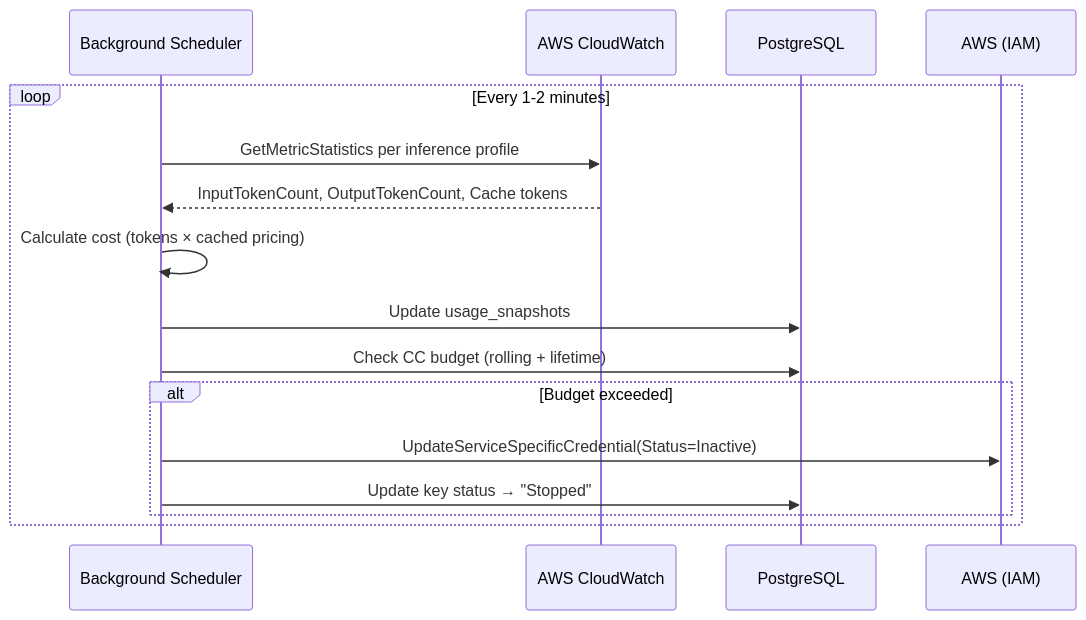
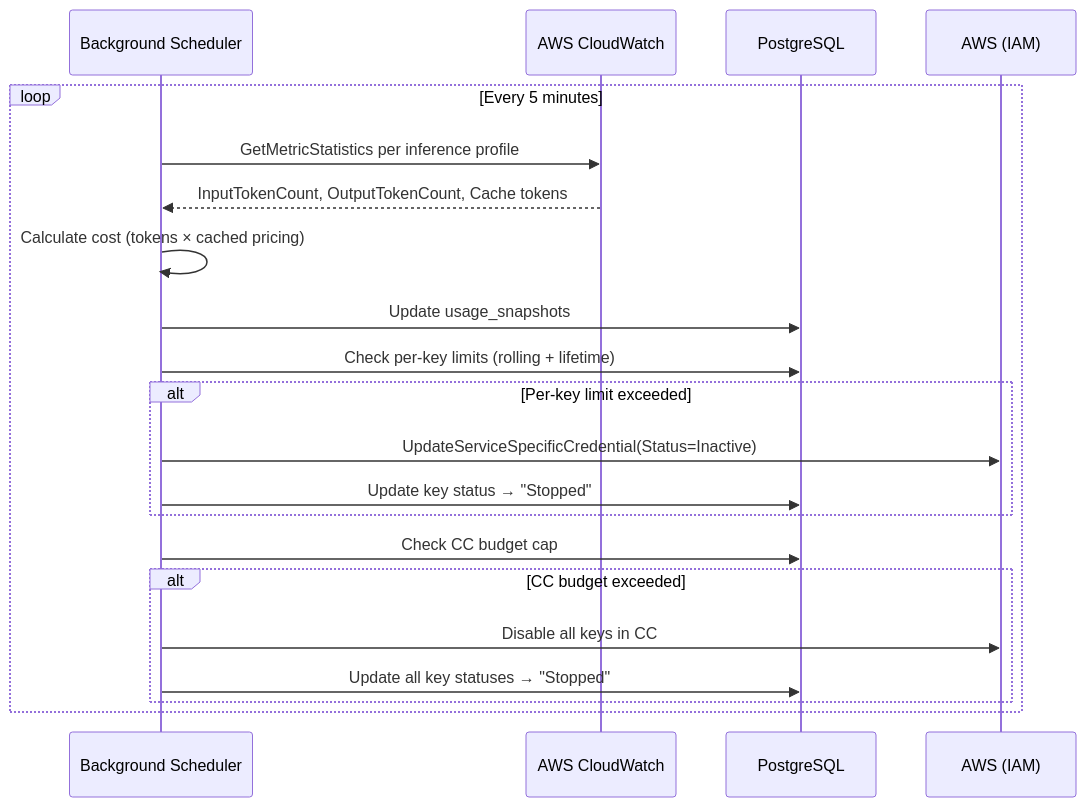
One commit to leewsimpson/claude-aws-manager changed the fourth of 5 diagrams in docs/design.md. Above: the diagram before and after it, drawn with Mermaid. The commit also changed other lines of this file and 7 other files, not shown here.

````diff
--- a/docs/design.md
+++ b/docs/design.md
@@ -187,19 +189,24 @@
 ```mermaid
 sequenceDiagram
     participant Sched as Background Scheduler
     participant CW as AWS CloudWatch
     participant DB as PostgreSQL
     participant AWS as AWS (IAM)
 
-    loop Every 1-2 minutes
+    loop Every 5 minutes
         Sched->>CW: GetMetricStatistics per inference profile
         CW-->>Sched: InputTokenCount, OutputTokenCount, Cache tokens
         Sched->>Sched: Calculate cost (tokens × cached pricing)
         Sched->>DB: Update usage_snapshots
-        Sched->>DB: Check CC budget (rolling + lifetime)
-        alt Budget exceeded
+        Sched->>DB: Check per-key limits (rolling + lifetime)
+        alt Per-key limit exceeded
             Sched->>AWS: UpdateServiceSpecificCredential(Status=Inactive)
             Sched->>DB: Update key status → "Stopped"
         end
+        Sched->>DB: Check CC budget cap
+        alt CC budget exceeded
+            Sched->>AWS: Disable all keys in CC
+            Sched->>DB: Update all key statuses → "Stopped"
+        end
     end
 ```
````
